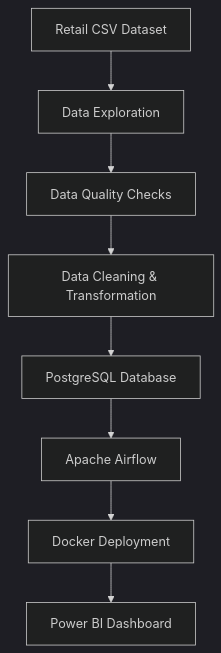
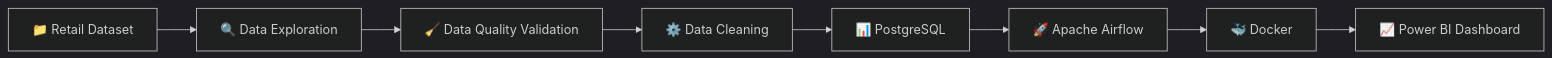
One commit to Veslinanish/RETAIL_END_2_END_PIPELINE changed the diagram in README.md. Above: the diagram before and after it, drawn with Mermaid (dark theme). The commit also changed other lines of this file, not shown here.

````diff
--- a/README.md
+++ b/README.md
@@ -44,18 +52,18 @@
 ```mermaid
-flowchart TD
+flowchart LR
 
-A[Retail CSV Dataset]
---> B[Data Exploration]
+A["📁 Retail Dataset"]
+--> B["🔍 Data Exploration"]
 
-B --> C[Data Quality Checks]
+B --> C["🧹 Data Quality Validation"]
 
-C --> D[Data Cleaning & Transformation]
+C --> D["⚙️ Data Cleaning"]
 
-D --> E[PostgreSQL Database]
+D --> E["📊 PostgreSQL"]
 
-E --> F[Apache Airflow]
+E --> F["🚀 Apache Airflow"]
 
-F --> G[Docker Deployment]
+F --> G["🐳 Docker"]
 
-G --> H[Power BI Dashboard]
+G --> H["📈 Power BI Dashboard"]
 ```
````
